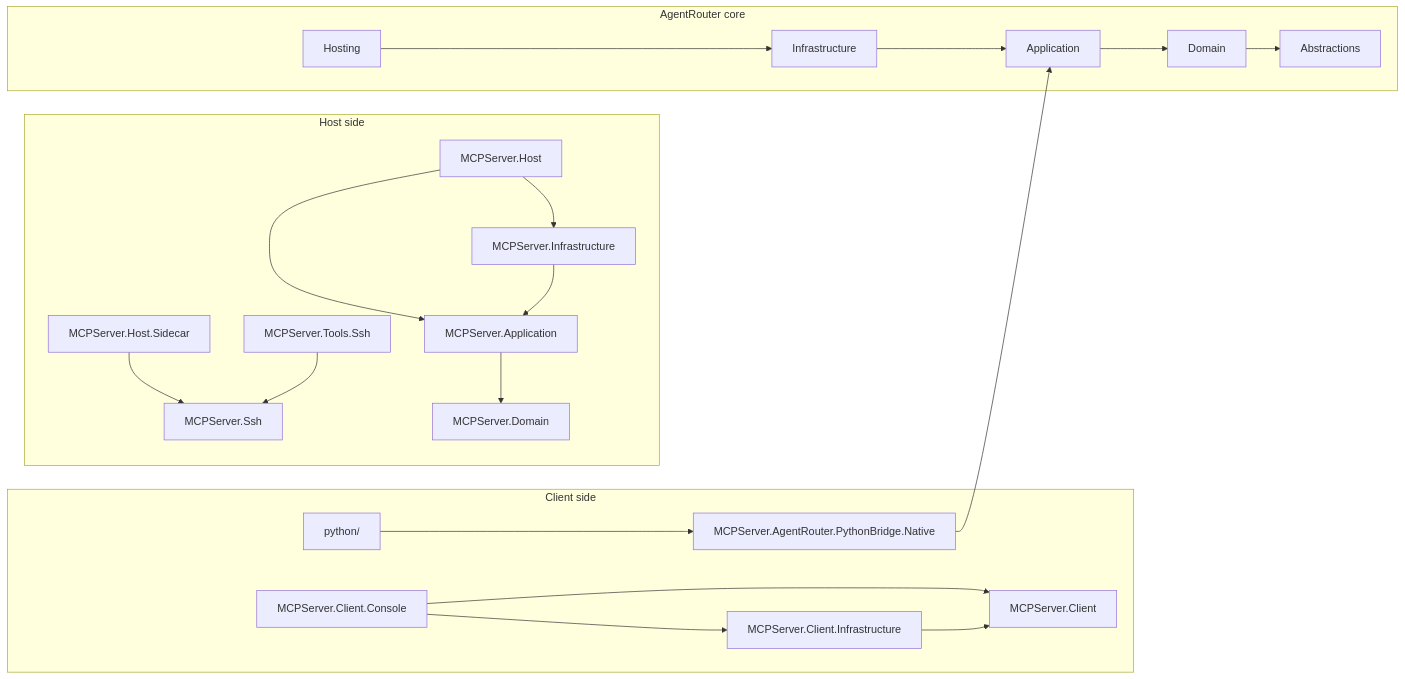
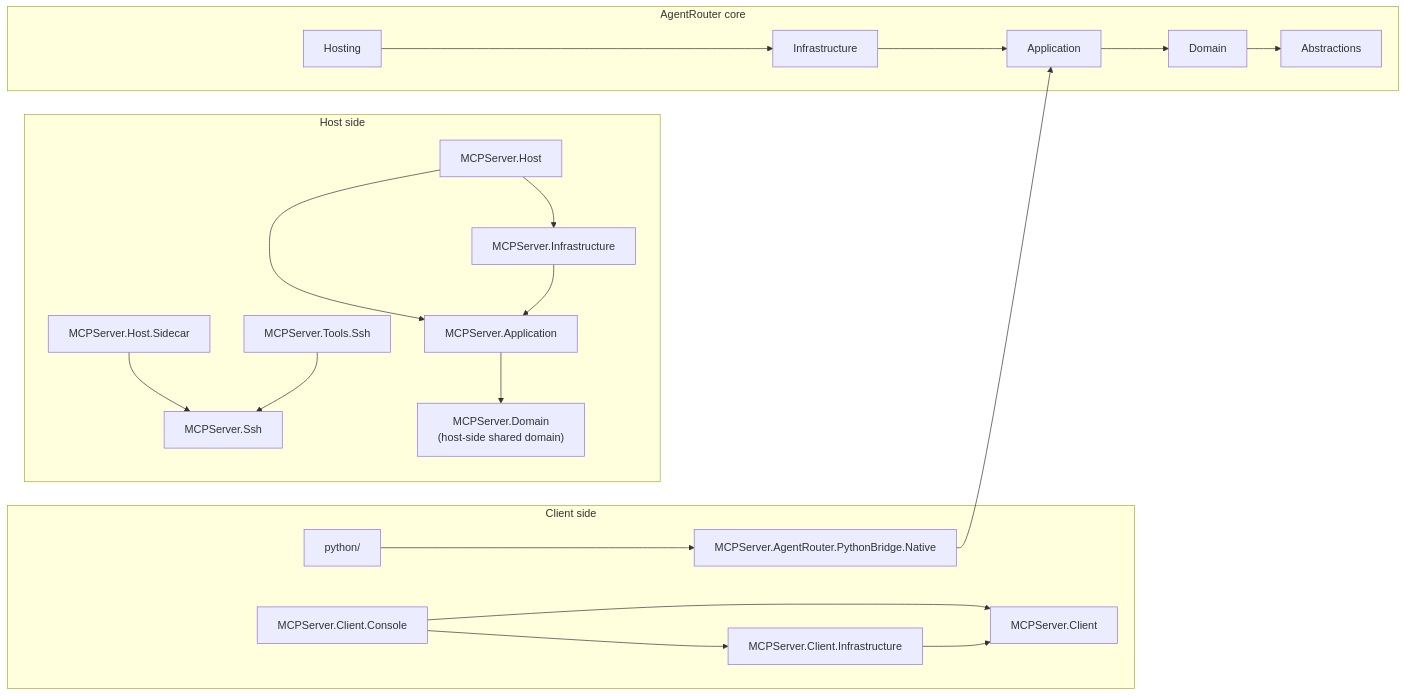
One commit to haxxornulled/SharpMCPServer changed the diagram in README.md. Above: the diagram before and after it, drawn with Mermaid. The commit also changed 1 other file, not shown here.

Commit message:
Polish architecture docs

````diff
--- a/README.md
+++ b/README.md
@@ -23,44 +23,44 @@
 ```mermaid
 flowchart LR
     subgraph ClientSide["Client side"]
         Console["MCPServer.Client.Console"]
         ClientLib["MCPServer.Client"]
         ClientInfra["MCPServer.Client.Infrastructure"]
         Python["python/"]
         Native["MCPServer.AgentRouter.PythonBridge.Native"]
     end
 
     subgraph HostSide["Host side"]
         MainHost["MCPServer.Host"]
         Sidecar["MCPServer.Host.Sidecar"]
         Infra["MCPServer.Infrastructure"]
         App["MCPServer.Application"]
-        Domain["MCPServer.Domain"]
+        Domain["MCPServer.Domain\n(host-side shared domain)"]
         Ssh["MCPServer.Ssh"]
         SshTools["MCPServer.Tools.Ssh"]
     end
 
     subgraph RouterCore["AgentRouter core"]
         ARAbs["Abstractions"]
         ARDom["Domain"]
         ARApp["Application"]
         ARInfra["Infrastructure"]
         ARHost["Hosting"]
     end
 
     Console --> ClientLib
     Console --> ClientInfra
     ClientInfra --> ClientLib
 
     Python --> Native
     Native --> ARApp
 
     MainHost --> Infra
     MainHost --> App
     Sidecar --> Ssh
     Infra --> App
     App --> Domain
     SshTools --> Ssh
 
     ARHost --> ARInfra --> ARApp --> ARDom --> ARAbs
 ```
````
